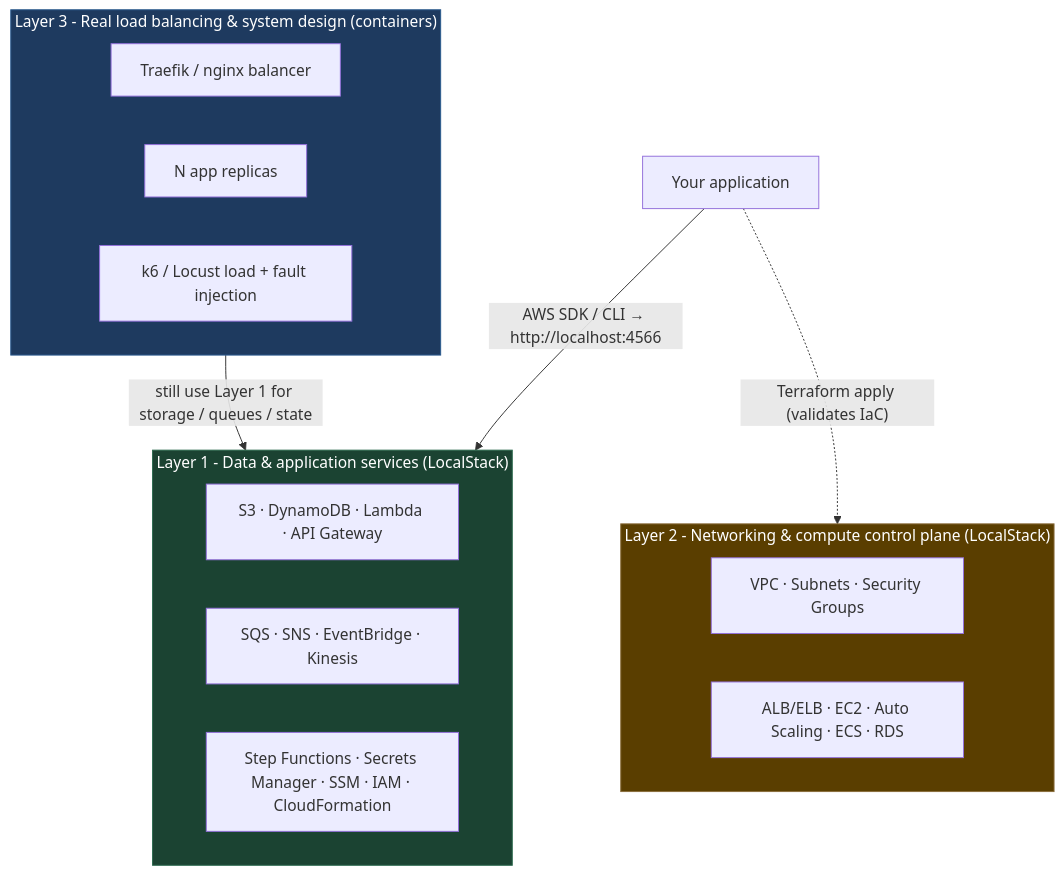
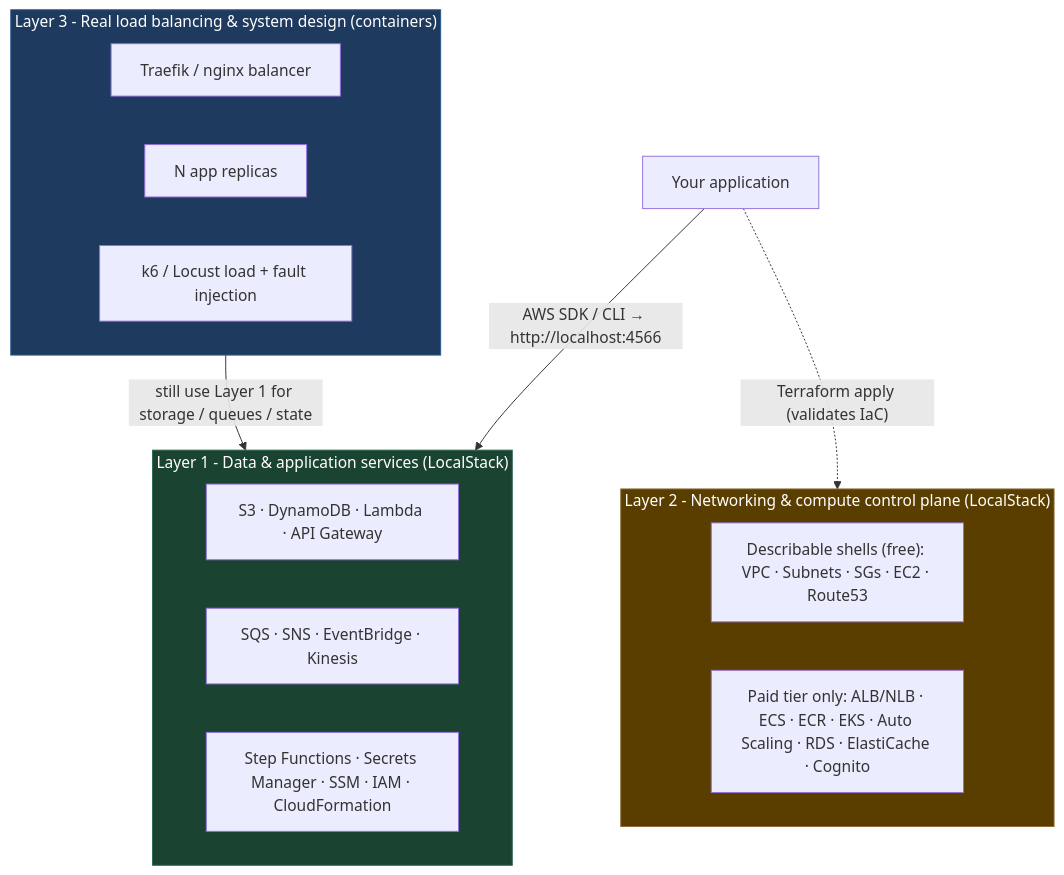
The first of 2 diagrams in README.md (SimplyAvi/aws-local-lab), drawn with Mermaid before and after one commit. The commit also changed other lines of this file and 10 other files, not shown here.

First line of the commit message:
docs(lab-fidelity): correct free-tier vs paid LocalStack language (NFR-8) (#5)

````diff
--- a/README.md
+++ b/README.md
@@ -52,31 +52,31 @@
 ```mermaid
 flowchart TB
     subgraph L1["Layer 1 - Data & application services (LocalStack)"]
         direction LR
         L1A["S3 · DynamoDB · Lambda · API Gateway"]
         L1B["SQS · SNS · EventBridge · Kinesis"]
         L1C["Step Functions · Secrets Manager · SSM · IAM · CloudFormation"]
     end
     subgraph L2["Layer 2 - Networking & compute control plane (LocalStack)"]
         direction LR
-        L2A["VPC · Subnets · Security Groups"]
-        L2B["ALB/ELB · EC2 · Auto Scaling · ECS · RDS"]
+        L2A["Describable shells (free): VPC · Subnets · SGs · EC2 · Route53"]
+        L2B["Paid tier only: ALB/NLB · ECS · ECR · EKS · Auto Scaling · RDS · ElastiCache · Cognito"]
     end
     subgraph L3["Layer 3 - Real load balancing & system design (containers)"]
         direction LR
         L3A["Traefik / nginx balancer"]
         L3B["N app replicas"]
         L3C["k6 / Locust load + fault injection"]
     end
 
     App["Your application"] -->|"AWS SDK / CLI → http://localhost:4566"| L1
     App -.->|"Terraform apply (validates IaC)"| L2
     L3B -->|"still use Layer 1 for storage / queues / state"| L1
 
     classDef real fill:#1b4332,stroke:#2d6a4f,color:#fff;
     classDef api fill:#5a3e00,stroke:#8a6d3b,color:#fff;
     classDef live fill:#1e3a5f,stroke:#2a5a8f,color:#fff;
     class L1 real
     class L2 api
     class L3 live
 ```
````
